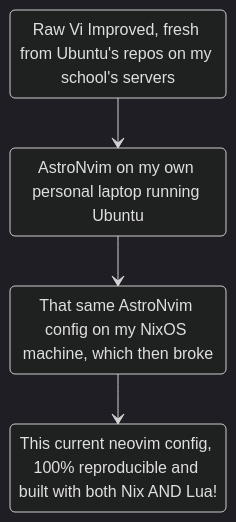
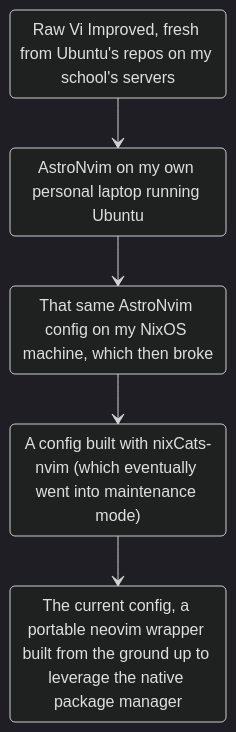
Before and after one commit to of-the-stars/dotfiles: the diagram in .config/nvim/README.md, drawn with Mermaid (dark theme). The commit also changed other lines of this file and 24 other files, not shown here.

First line of the commit message:
Complete `nvim` config rewrite

````diff
--- a/.config/nvim/README.md
+++ b/.config/nvim/README.md
@@ -18,11 +18,13 @@
 ```mermaid
   stateDiagram-v2
     s1 : Raw Vi Improved, fresh from Ubuntu's repos on my school's servers
     s2 : AstroNvim on my own personal laptop running Ubuntu
     s3 : That same AstroNvim config on my NixOS machine, which then broke
-    s4 : This current neovim config, 100% reproducible and built with both Nix AND Lua!
+    s4 : A config built with nixCats-nvim (which eventually went into maintenance mode)
+    s5 : The current config, a portable neovim wrapper built from the ground up to leverage the native package manager
 
     s1 --> s2
     s2 --> s3
     s3 --> s4
+    s4 --> s5
 ```
````
